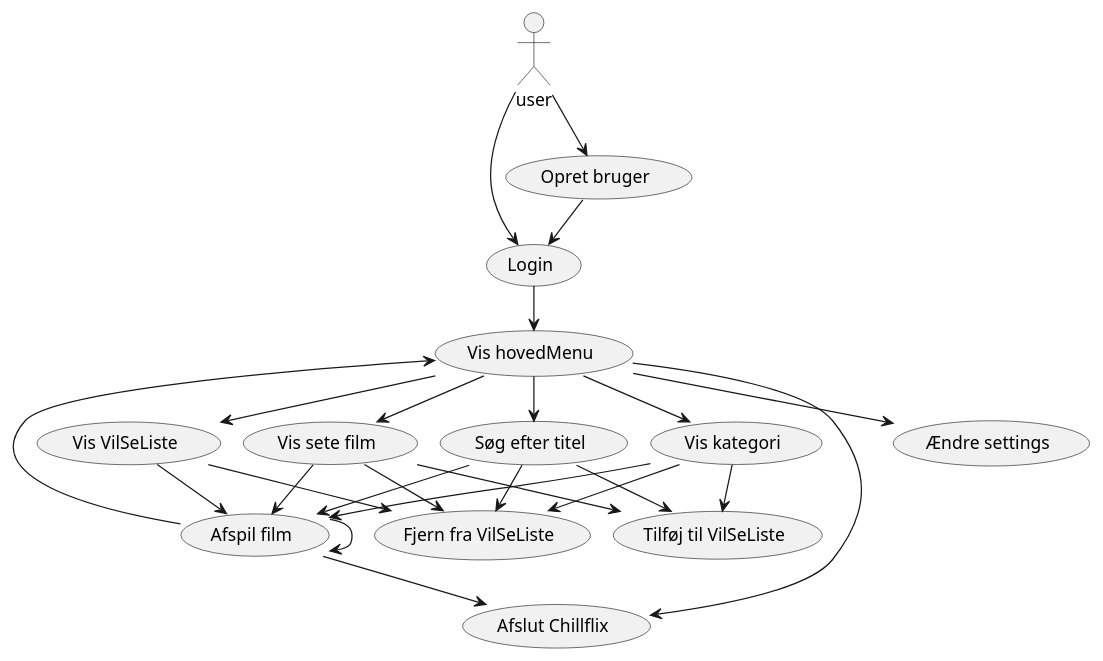
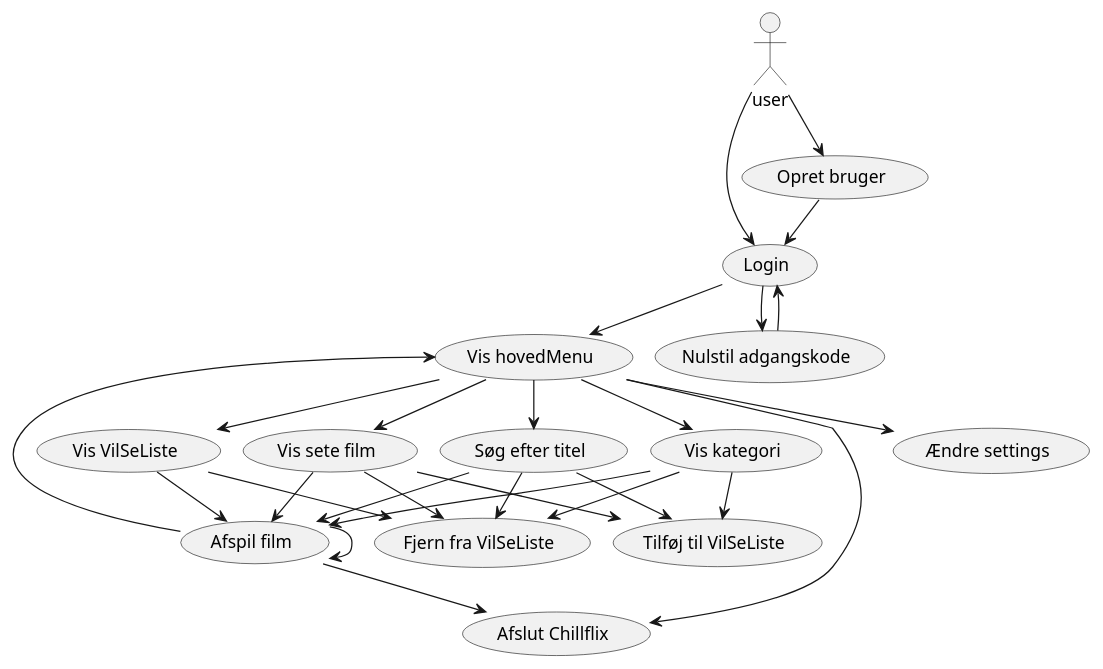
The diagram in docs/usecases.puml (Falcho/SP3), drawn with PlantUML before and after one commit.

Commit message:
Added reset password

```diff
--- a/docs/usecases.puml
+++ b/docs/usecases.puml
@@ -1,57 +1,60 @@
 @startuml
 'https://plantuml.com/use-case-diagram
 !pragma layout smetana
 actor user
 
 usecase "Opret bruger" as UC1
 usecase "Login" as UC2
 usecase "Søg efter titel" as UC3
 usecase "Vis kategori" as UC4
 usecase "Ændre settings" as UC5
 usecase "Afspil film" as UC6
 usecase "Tilføj til VilSeListe" as UC7
 usecase "Afslut Chillflix" as UC8
 usecase "Vis sete film" as UC9
 usecase "Vis VilSeListe" as UC10
 usecase "Fjern fra VilSeListe" as UC11
 usecase "Vis hovedMenu" as UC12
+usecase "Nulstil adgangskode" as UC13
 
 
 user-->UC1
 UC1-->UC2
 user-->UC2
 UC12-->UC3
 UC12-->UC4
 UC12-->UC5
 UC2-->UC12
 UC12-->UC9
 UC12-->UC10
 UC3-->UC6
 UC3-->UC7
 UC3-->UC11
 UC4-->UC6
 UC4-->UC7
 UC4-->UC11
 UC9-->UC6
 UC9-->UC7
 UC10-->UC6
 UC10-->UC11
 UC9-->UC11
 UC12-->UC8
 UC6-->UC8
 UC6-->UC6
 UC6-->UC12
+UC2-->UC13
+UC13-->UC2
 
 
 
 
 
 
 
 
 
 
 
 
 
 @enduml
```
